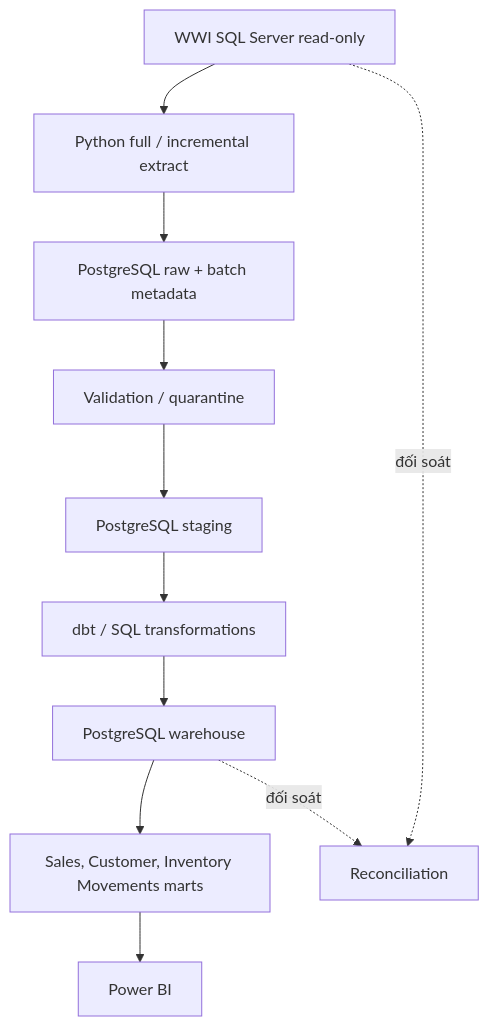
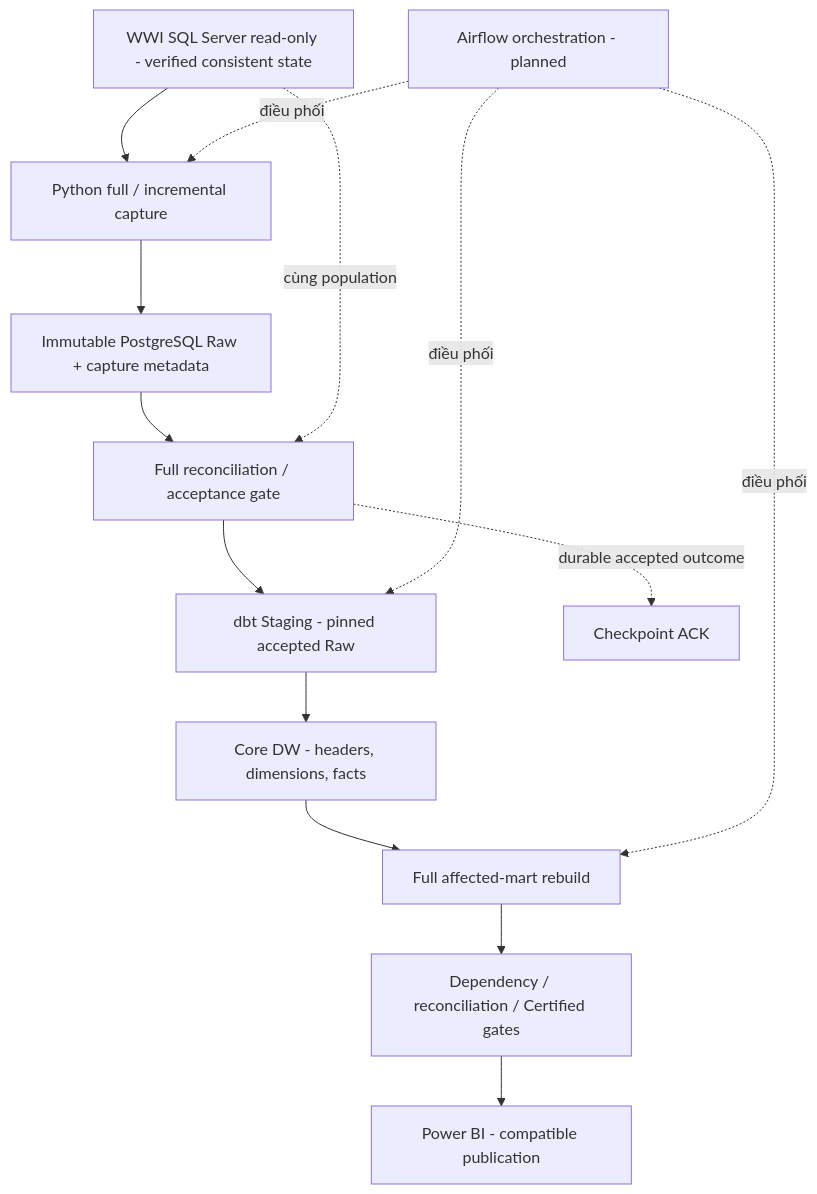
Before and after one commit to Tphuonggggg/retail-data-platform: the diagram in docs/architecture/data-flow.md, drawn with Mermaid. The commit also changed other lines of this file and 12 other files, not shown here.

Commit message:
docs: complete DW-04 architecture acceptance and implementation handoff

````diff
--- a/docs/architecture/data-flow.md
+++ b/docs/architecture/data-flow.md
@@ -13,13 +13,16 @@
 ```mermaid
 flowchart TD
-  WWI[WWI SQL Server read-only] --> EX[Python full / incremental extract]
-  EX --> RAW[PostgreSQL raw + batch metadata]
-  RAW --> VAL[Validation / quarantine]
-  VAL --> STG[PostgreSQL staging]
-  STG --> DBT[dbt / SQL transformations]
-  DBT --> DW[PostgreSQL warehouse]
-  DW --> MART[Sales, Customer, Inventory Movements marts]
-  MART --> BI[Power BI]
-  WWI -. đối soát .-> REC[Reconciliation]
-  DW -. đối soát .-> REC
+  WWI[WWI SQL Server read-only - verified consistent state] --> EX[Python full / incremental capture]
+  EX --> RAW[Immutable PostgreSQL Raw + capture metadata]
+  RAW --> REC[Full reconciliation / acceptance gate]
+  REC --> STG[dbt Staging - pinned accepted Raw]
+  STG --> DW[Core DW - headers, dimensions, facts]
+  DW --> MART[Full affected-mart rebuild]
+  MART --> G[Dependency / reconciliation / Certified gates]
+  G --> BI[Power BI - compatible publication]
+  REC -. durable accepted outcome .-> ACK[Checkpoint ACK]
+  WWI -. cùng population .-> REC
+  A[Airflow orchestration - planned] -. điều phối .-> EX
+  A -. điều phối .-> STG
+  A -. điều phối .-> MART
 ```
````
